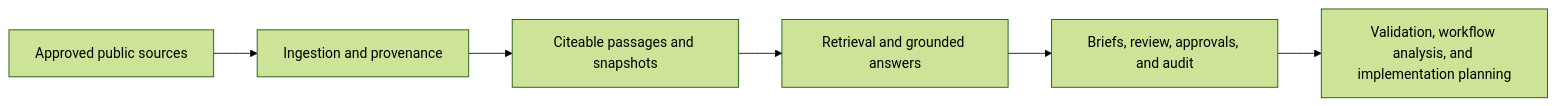
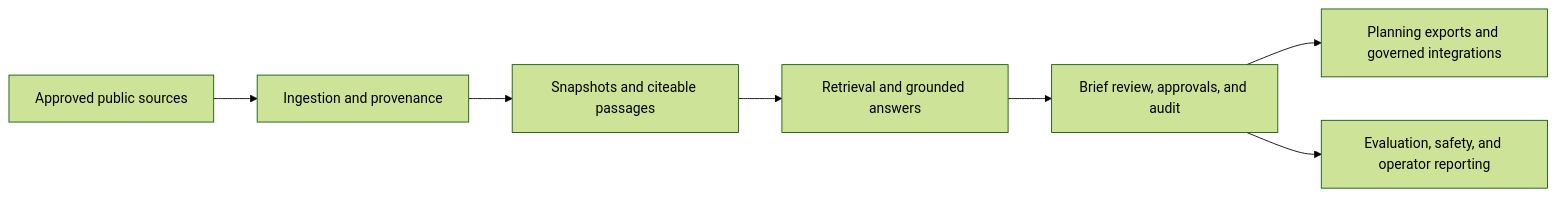
The diagram in README.md (venkata-ramana/HealthForge), drawn with Mermaid (forest theme) before and after one commit. The commit also changed other lines of this file and 11 other files, not shown here.

````diff
--- a/README.md
+++ b/README.md
@@ -61,8 +44,9 @@
 ```mermaid
 flowchart LR
     A["Approved public sources"] --> B["Ingestion and provenance"]
-    B --> C["Citeable passages and snapshots"]
+    B --> C["Snapshots and citeable passages"]
     C --> D["Retrieval and grounded answers"]
-    D --> E["Briefs, review, approvals, and audit"]
-    E --> F["Validation, workflow analysis, and implementation planning"]
+    D --> E["Brief review, approvals, and audit"]
+    E --> F["Planning exports and governed integrations"]
+    E --> G["Evaluation, safety, and operator reporting"]
 ```
````
